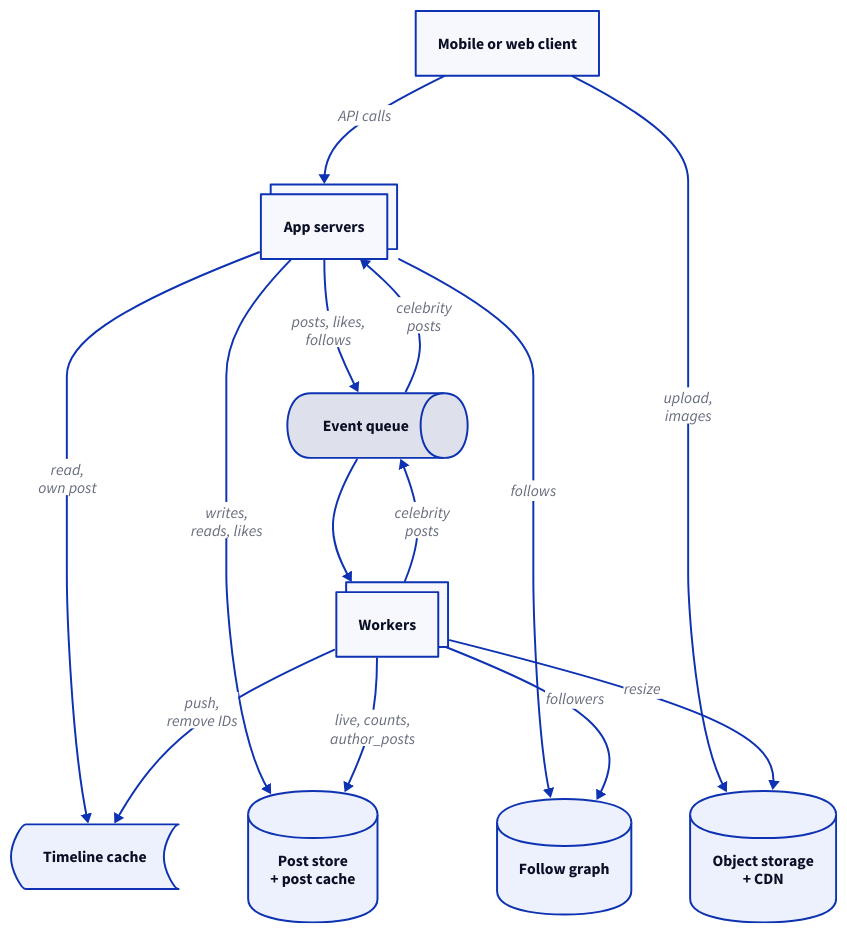
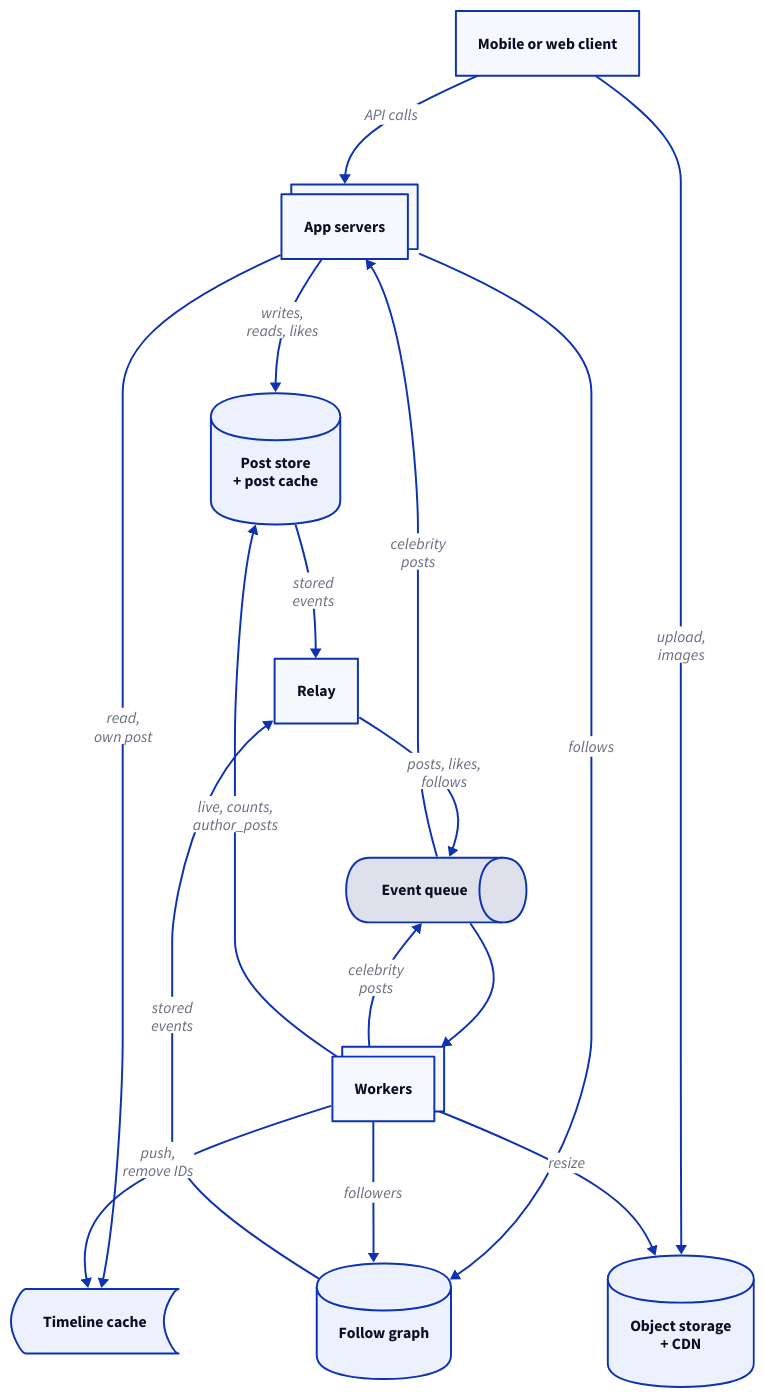
The diagram in src/system-design/diagrams/social-feed/architecture.d2 (enbattle/til), drawn with D2 before and after one commit. The commit also changed 23 other files, not shown here.

```diff
--- a/src/system-design/diagrams/social-feed/architecture.d2
+++ b/src/system-design/diagrams/social-feed/architecture.d2
@@ -1,44 +1,49 @@
 # High-level architecture of the social feed. Images go straight to object
-# storage and out through a CDN (one node here). Posts, likes and follows
-# become events that workers turn into resized images, timeline edits and
-# counts; a worker republishes each celebrity post for the app servers'
+# storage and out through a CDN (one node here). Posts and likes are
+# written to the post store, and follows to the follow graph, each with an
+# event (the outbox); a relay publishes both stores' events to the queue,
+# and workers turn them into resized
+# images, timeline edits and counts; a worker republishes each celebrity post for the app servers'
 # in-memory lists. The feed is read from a timeline and hydrated from the
 # post store and the post cache in front of it (one node here).
 direction: down
 
 client: Mobile or web client
 app: App servers {
   style.multiple: true
 }
+relay: Relay
 queue: Event queue {
   shape: queue
 }
 workers: Workers {
   style.multiple: true
 }
 timelines: Timeline cache {
   shape: stored_data
 }
 posts: "Post store\n+ post cache" {
   shape: cylinder
 }
 graph: Follow graph {
   shape: cylinder
 }
 media: "Object storage\n+ CDN" {
   shape: cylinder
 }
 
 client -> app: "API calls"
 client -> media: "upload,\nimages"
 app -> timelines: "read,\nown post"
 app -> posts: "writes,\nreads, likes"
 app -> graph: "follows"
-app -> queue: "posts, likes,\nfollows"
+posts -> relay: "stored\nevents"
+graph -> relay: "stored\nevents"
+relay -> queue: "posts, likes,\nfollows"
 queue -> workers
 workers -> queue: "celebrity\nposts"
 queue -> app: "celebrity\nposts"
 workers -> media: "resize"
 workers -> posts: "live, counts,\nauthor_posts"
 workers -> graph: "followers"
 workers -> timelines: "push,\nremove IDs"
```
